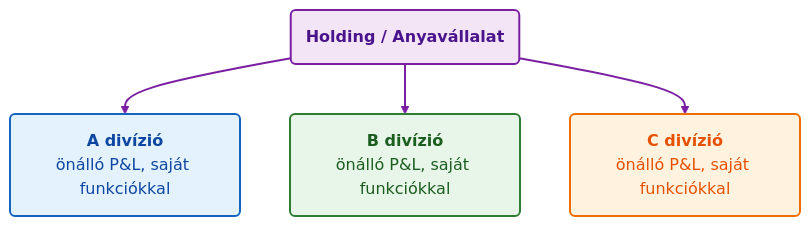
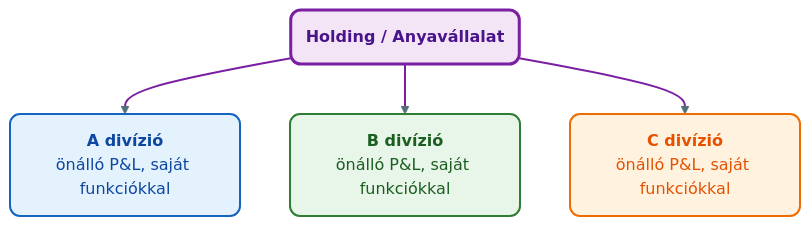
The third of 4 diagrams in Tételek/K04-GMXMD1MBLF-Szervezetek, szervezeti formák.tétel.md (denespocsik/MM_BSC_Zarovizsga), drawn with Mermaid before and after one commit. The commit also changed other lines of this file and 34 other files, not shown here.

First line of the commit message:
style(tételek): egységes vizuális arculat a Mermaid-diagramokhoz

````diff
--- a/Tételek/K04-GMXMD1MBLF-Szervezetek, szervezeti formák.tétel.md
+++ b/Tételek/K04-GMXMD1MBLF-Szervezetek, szervezeti formák.tétel.md
@@ -128,23 +122,19 @@
 ```mermaid
 graph TD
-    H("<b>Holding / Anyavállalat</b>")
-    A("<b>A divízió</b><br/>önálló P&L, saját funkciókkal")
-    B("<b>B divízió</b><br/>önálló P&L, saját funkciókkal")
-    C("<b>C divízió</b><br/>önálló P&L, saját funkciókkal")
+    H("<b>Holding / Anyavállalat</b>"):::lilaH
+    A("<b>A divízió</b><br/>önálló P&L, saját funkciókkal"):::kek
+    B("<b>B divízió</b><br/>önálló P&L, saját funkciókkal"):::zold
+    C("<b>C divízió</b><br/>önálló P&L, saját funkciókkal"):::narancs
 
     H --> A
     H --> B
     H --> C
 
-    classDef holdingNode fill:#f3e5f5,stroke:#7b1fa2,stroke-width:2px,color:#4a148c;
-    classDef divANode    fill:#e3f2fd,stroke:#1565c0,stroke-width:2px,color:#0d47a1;
-    classDef divBNode    fill:#e8f5e9,stroke:#2e7d32,stroke-width:2px,color:#1b5e20;
-    classDef divCNode    fill:#fff3e0,stroke:#ef6c00,stroke-width:2px,color:#e65100;
+    classDef kek     fill:#e3f2fd,stroke:#1565c0,stroke-width:2px,color:#0d47a1,rx:10,ry:10;
+    classDef zold    fill:#e8f5e9,stroke:#2e7d32,stroke-width:2px,color:#1b5e20,rx:10,ry:10;
+    classDef narancs fill:#fff3e0,stroke:#ef6c00,stroke-width:2px,color:#e65100,rx:10,ry:10;
+    classDef lilaH   fill:#f3e5f5,stroke:#7b1fa2,stroke-width:3px,color:#4a148c,rx:10,ry:10;
 
-    class H holdingNode;
-    class A divANode;
-    class B divBNode;
-    class C divCNode;
-
+    linkStyle default stroke:#546e7a,stroke-width:2px;
     linkStyle 0,1,2 stroke:#7b1fa2,stroke-width:2px;
 ```
````
